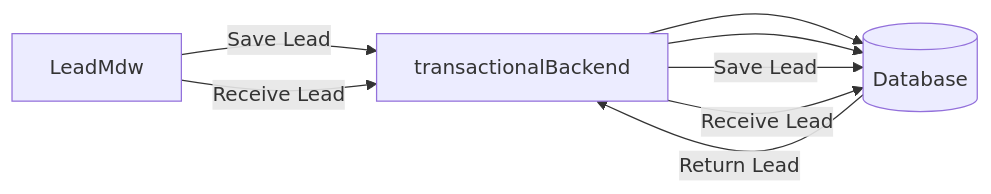
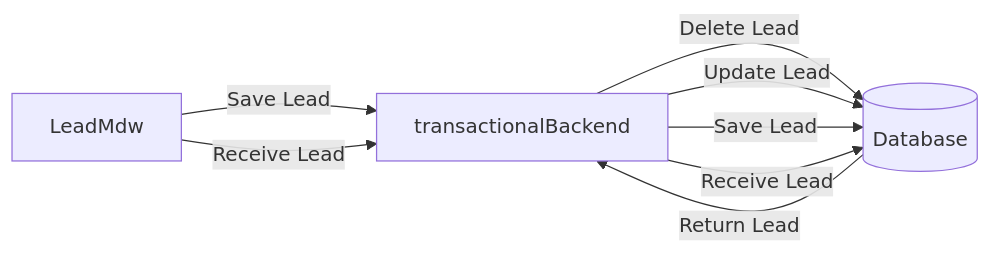
Before and after one commit to chrisloarryn/njs-nest-lead-backend: the diagram in README.md, drawn with Mermaid.

````diff
--- a/README.md
+++ b/README.md
@@ -75,8 +75,8 @@
 ```mermaid
    flowchart LR
-     LeadMdw -- Save Lead --> transactionalBackend --> transactionDatabase[(Database)]
-     LeadMdw -- Receive Lead --> transactionalBackend --> transactionDatabase
+     LeadMdw -- Save Lead --> transactionalBackend -- Delete Lead --> transactionDatabase[(Database)]
+     LeadMdw -- Receive Lead --> transactionalBackend -- Update Lead --> transactionDatabase
      transactionalBackend -- Save Lead --> transactionDatabase
      transactionalBackend -- Receive Lead --> transactionDatabase
      transactionDatabase -- Return Lead --> transactionalBackend
 ```
````
